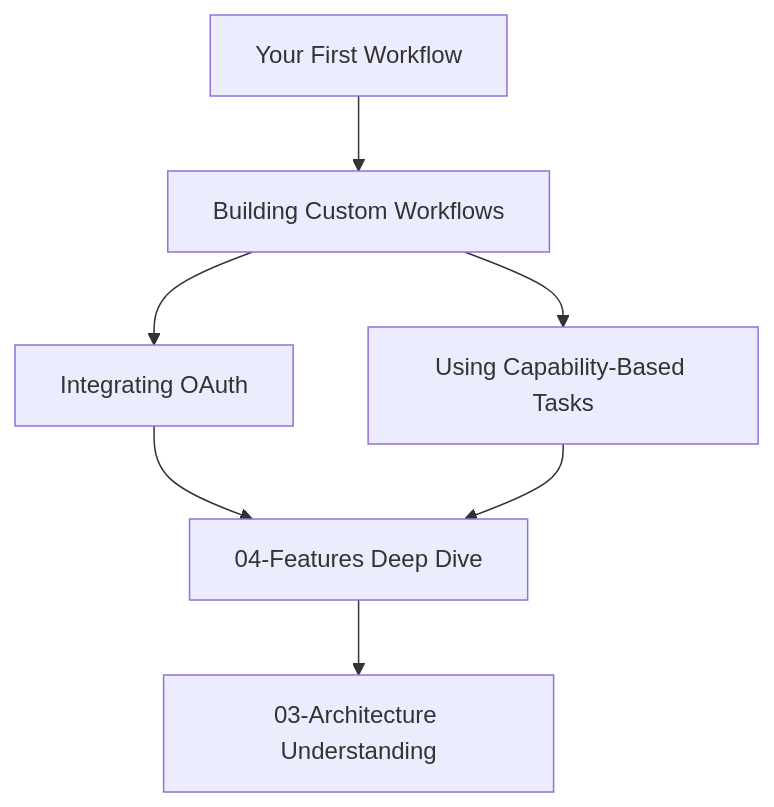
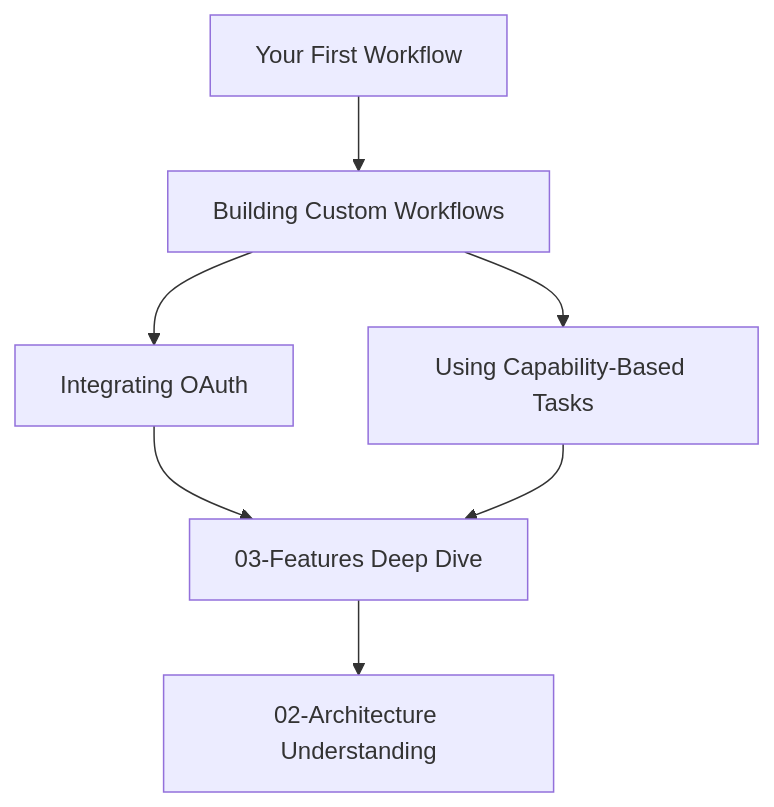
Before and after one commit to Glad-Labs/poindexter: the first of 2 diagrams in docs/02-Tutorials/README.md, drawn with Mermaid. The commit also changed other lines of this file and 25 other files, not shown here.

````diff
--- a/docs/02-Tutorials/README.md
+++ b/docs/02-Tutorials/README.md
@@ -111,9 +111,9 @@
 ```mermaid
 graph TD
     A["Your First Workflow"] --> B["Building Custom Workflows"]
     B --> C["Integrating OAuth"]
     B --> D["Using Capability-Based Tasks"]
-    C --> E["04-Features Deep Dive"]
+    C --> E["03-Features Deep Dive"]
     D --> E
-    E --> F["03-Architecture Understanding"]
+    E --> F["02-Architecture Understanding"]
 ```
````
